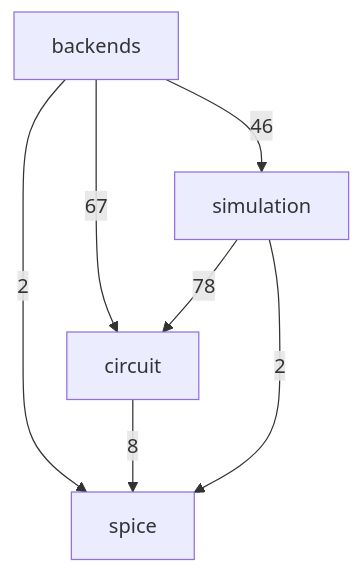
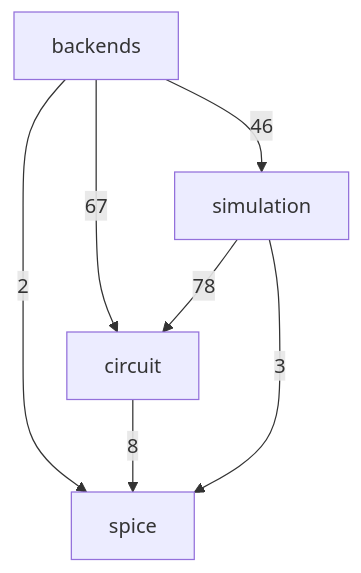
Before and after one commit to ronnymilleo/imcsim: the second of 3 diagrams in docs/architecture.md, drawn with Mermaid. The commit also changed 5 other files, not shown here.

````diff
--- a/docs/architecture.md
+++ b/docs/architecture.md
@@ -33,13 +33,13 @@
 ```mermaid
 flowchart TD
     app_core_spice[spice]
     app_core_circuit[circuit]
     app_core_simulation[simulation]
     app_core_backends[backends]
     app_core_backends -->|67| app_core_circuit
     app_core_backends -->|46| app_core_simulation
     app_core_backends -->|2| app_core_spice
     app_core_circuit -->|8| app_core_spice
     app_core_simulation -->|78| app_core_circuit
-    app_core_simulation -->|2| app_core_spice
+    app_core_simulation -->|3| app_core_spice
 ```
````
